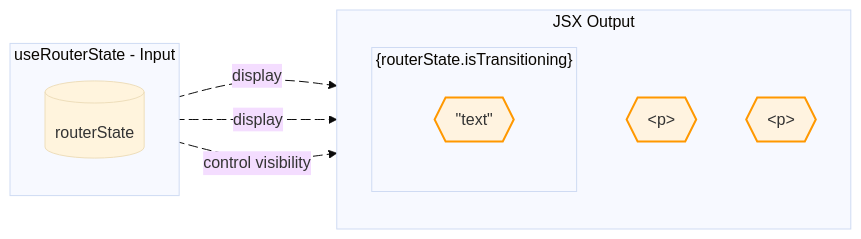
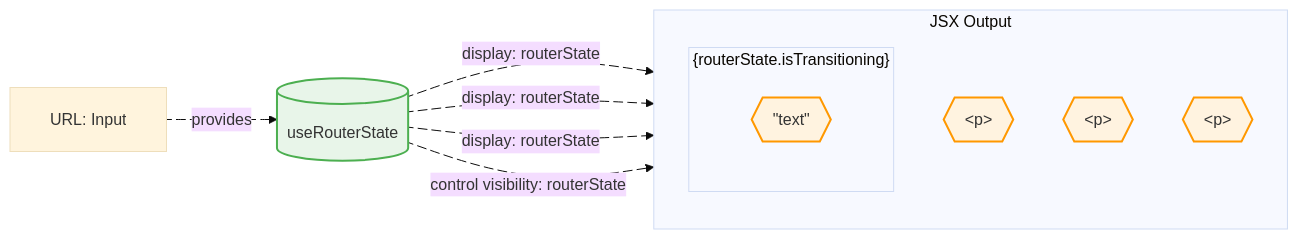
Before and after one commit to shibukawa/web-component-analyzer: the diagram in examples/react-vite/src/components/132-TanStackRouter-State.mmd, drawn with Mermaid. The commit also changed 51 other files, not shown here.

```diff
--- a/examples/react-vite/src/components/132-TanStackRouter-State.mmd
+++ b/examples/react-vite/src/components/132-TanStackRouter-State.mmd
@@ -1,38 +1,44 @@
 %%{init: {'theme': 'base', 'themeVariables': {'fontFamily': 'Comic Sans MS, cursive'}, 'flowchart': {'curve': 'basis', 'padding': 20}}}%%
 flowchart LR
-  subgraph useRouterState_input["useRouterState - Input"]
-    direction TB
-    custom_hook_data_0[("routerState")]
-  end
+  library_hook_0[("useRouterState")]
+  url_input_1["URL: Input"]
   jsx_element_0["p"]
   jsx_element_1["p"]
+  jsx_element_3["p"]
   jsx_element_2["#quot;text#quot;"]
   subgraph_1@{ shape: hex, label: "{routerState.isTransitioning}" }
   subgraph subgraph_0["JSX Output"]
     direction TB
       jsx_element_0@{ shape: hex, label: "&lt;p&gt;" }
       jsx_element_1@{ shape: hex, label: "&lt;p&gt;" }
+      jsx_element_3@{ shape: hex, label: "&lt;p&gt;" }
     subgraph subgraph_1["{routerState.isTransitioning}"]
       direction TB
         jsx_element_2@{ shape: hex, label: "#quot;text#quot;" }
     end
   end
-  custom_hook_data_0 ecustom_hook_data_0_subgraph_1@-->|"control visibility"| subgraph_1
-  ecustom_hook_data_0_subgraph_1@{ animate: true }
-  custom_hook_data_0 ecustom_hook_data_0_jsx_element_0@-->|"display"| jsx_element_0
-  ecustom_hook_data_0_jsx_element_0@{ animate: true }
-  custom_hook_data_0 ecustom_hook_data_0_jsx_element_1@-->|"display"| jsx_element_1
-  ecustom_hook_data_0_jsx_element_1@{ animate: true }
+  url_input_1 eurl_input_1_library_hook_0@-->|"provides"| library_hook_0
+  eurl_input_1_library_hook_0@{ animate: true }
+  library_hook_0 elibrary_hook_0_subgraph_1@-->|"control visibility: routerState"| subgraph_1
+  elibrary_hook_0_subgraph_1@{ animate: true }
+  library_hook_0 elibrary_hook_0_jsx_element_0@-->|"display: routerState"| jsx_element_0
+  elibrary_hook_0_jsx_element_0@{ animate: true }
+  library_hook_0 elibrary_hook_0_jsx_element_1@-->|"display: routerState"| jsx_element_1
+  elibrary_hook_0_jsx_element_1@{ animate: true }
+  library_hook_0 elibrary_hook_0_jsx_element_3@-->|"display: routerState"| jsx_element_3
+  elibrary_hook_0_jsx_element_3@{ animate: true }
 
   %% Styling
   classDef inputProp fill:#E3F2FD,stroke:#2196F3,stroke-width:2px
   classDef outputProp fill:#FFF3E0,stroke:#FF9800,stroke-width:2px
   classDef process fill:#F3E5F5,stroke:#9C27B0,stroke-width:3px
   classDef dataStore fill:#E8F5E9,stroke:#4CAF50,stroke-width:2px
   classDef jsxElement fill:#FFF3E0,stroke:#FF9800,stroke-width:2px
   classDef contextData fill:#E1F5FE,stroke:#0288D1,stroke-width:2px
   classDef contextFunction fill:#FFF9C4,stroke:#F57C00,stroke-width:2px
   classDef exportedHandler fill:#E8F5E9,stroke:#4CAF50,stroke-width:2px
+  class library_hook_0 dataStore
   class jsx_element_0 jsxElement
   class jsx_element_1 jsxElement
+  class jsx_element_3 jsxElement
   class jsx_element_2 jsxElement
```
